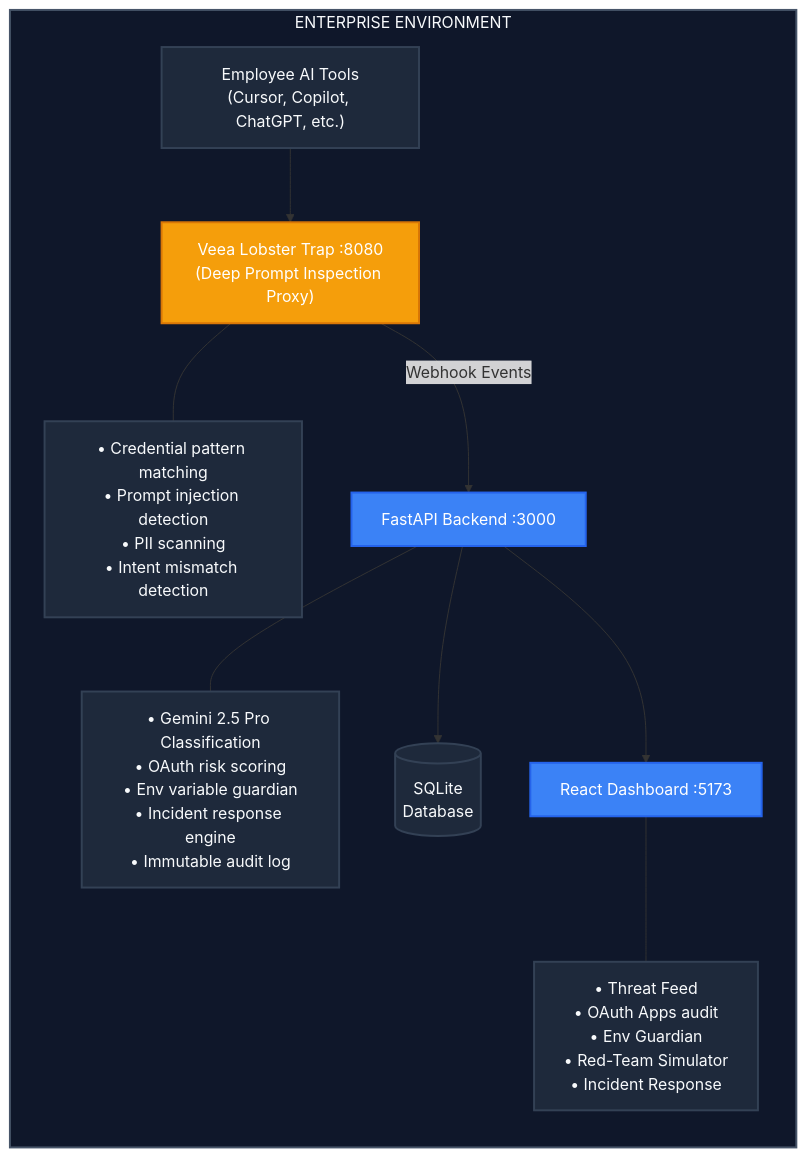
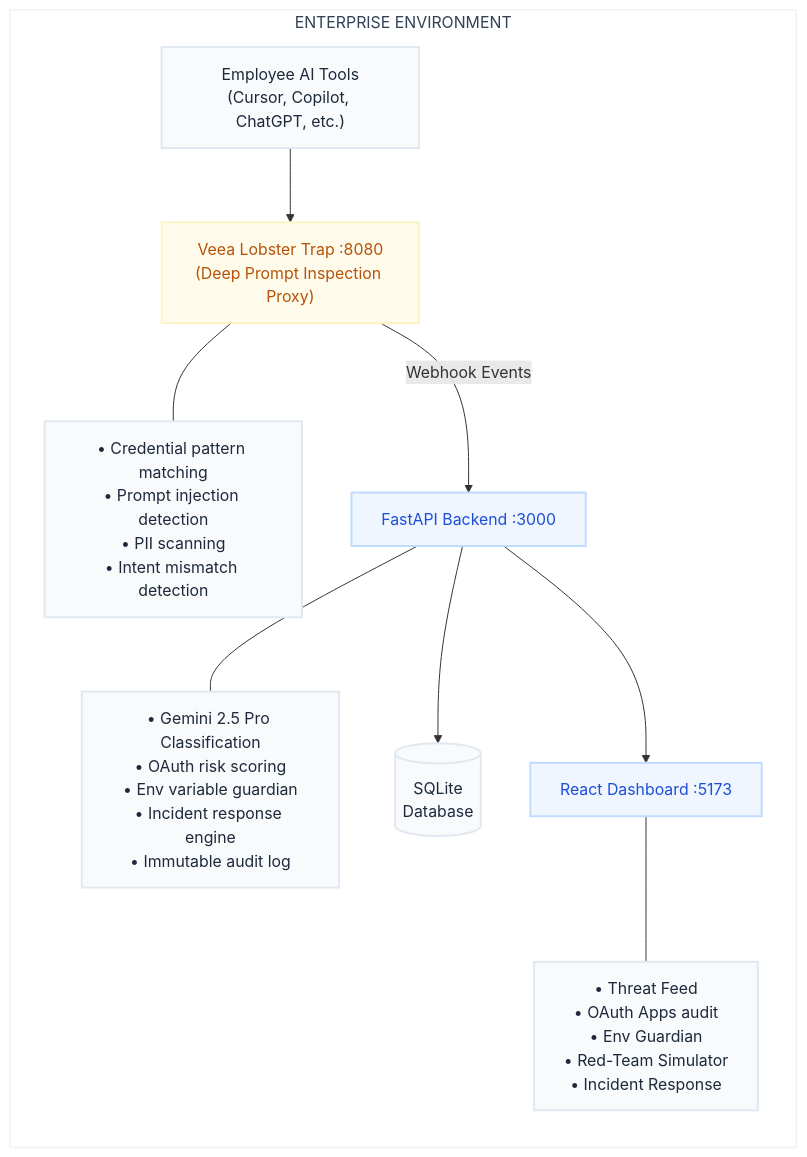
Before and after one commit to codedbyasim/ContextGuard: the diagram in README.md, drawn with Mermaid.

Commit message:
docs: lighten mermaid diagram colors in README

````diff
--- a/README.md
+++ b/README.md
@@ -41,41 +41,41 @@
 ```mermaid
 flowchart TD
     subgraph Enterprise["ENTERPRISE ENVIRONMENT"]
         direction TB
         
         Tools["Employee AI Tools\n(Cursor, Copilot, ChatGPT, etc.)"]
         
         Proxy["Veea Lobster Trap :8080\n(Deep Prompt Inspection Proxy)"]
         ProxyNote["• Credential pattern matching\n• Prompt injection detection\n• PII scanning\n• Intent mismatch detection"]
         
         Backend["FastAPI Backend :3000"]
         BackendNote["• Gemini 2.5 Pro Classification\n• OAuth risk scoring\n• Env variable guardian\n• Incident response engine\n• Immutable audit log"]
         
         DB[("SQLite\nDatabase")]
         
         UI["React Dashboard :5173"]
         UINote["• Threat Feed\n• OAuth Apps audit\n• Env Guardian\n• Red-Team Simulator\n• Incident Response"]
         
         Tools --> Proxy
         Proxy --- ProxyNote
         
         Proxy -- "Webhook Events" --> Backend
         Backend --- BackendNote
         
         Backend --> DB
         Backend --> UI
         UI --- UINote
     end
 
-    classDef default fill:#1e293b,stroke:#334155,stroke-width:2px,color:#f8fafc;
-    classDef highlight fill:#3b82f6,stroke:#2563eb,stroke-width:2px,color:#fff;
-    classDef alert fill:#ef4444,stroke:#dc2626,stroke-width:2px,color:#fff;
-    classDef proxy fill:#f59e0b,stroke:#d97706,stroke-width:2px,color:#fff;
-    classDef bg fill:#0f172a,stroke:#475569,stroke-width:2px,color:#f8fafc;
+    classDef default fill:#f8fafc,stroke:#e2e8f0,stroke-width:2px,color:#1e293b;
+    classDef highlight fill:#eff6ff,stroke:#bfdbfe,stroke-width:2px,color:#1d4ed8;
+    classDef alert fill:#fff1f2,stroke:#fecdd3,stroke-width:2px,color:#be123c;
+    classDef proxy fill:#fffbeb,stroke:#fef3c7,stroke-width:2px,color:#b45309;
+    classDef bg fill:#ffffff,stroke:#f1f5f9,stroke-width:2px,color:#334155;
     
     class Proxy proxy;
     class Backend highlight;
     class DB default;
     class UI highlight;
     class Enterprise bg;
 ```
````
